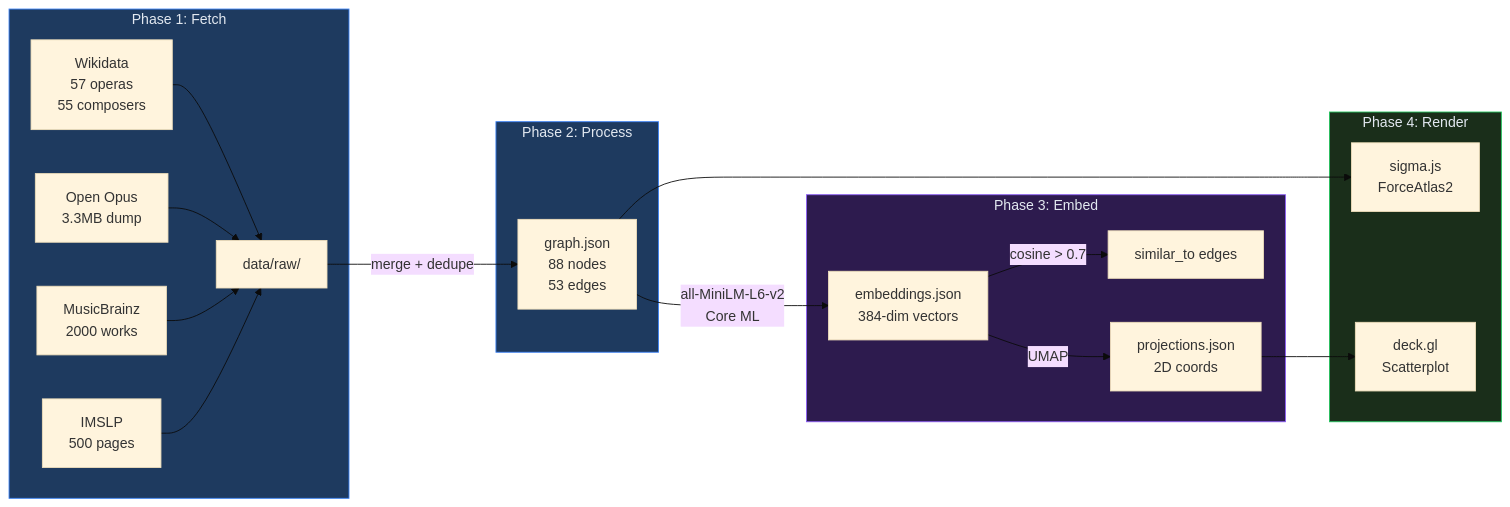
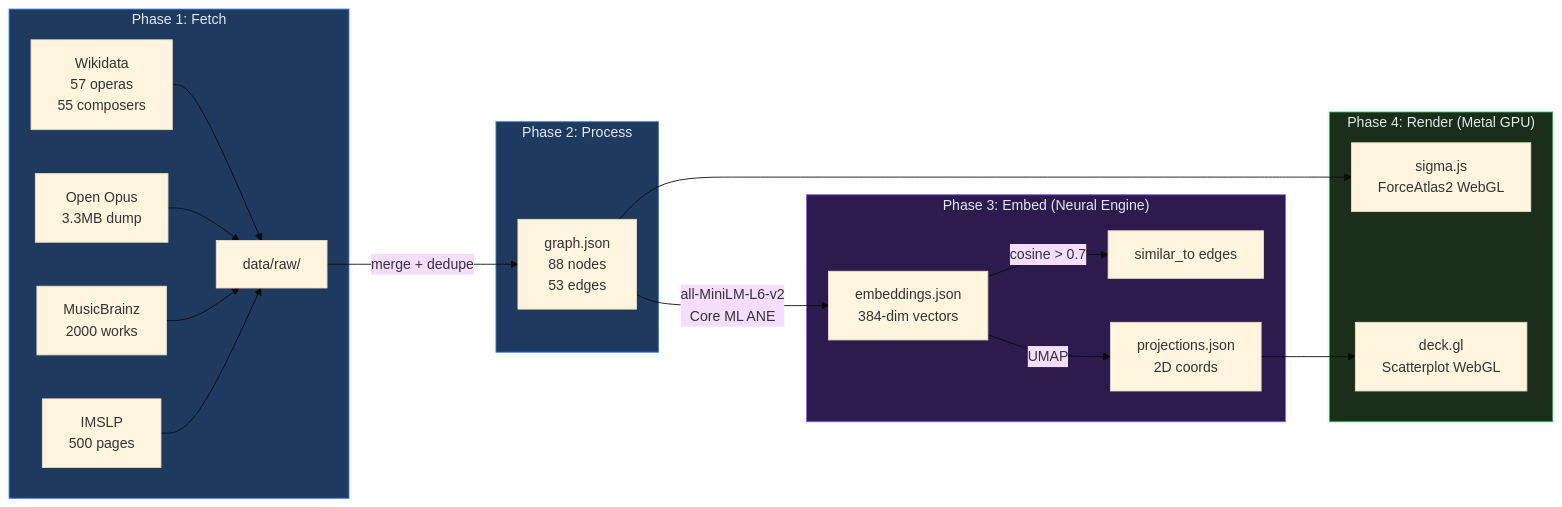
Before and after one commit to ParkWardRR/Violetta-Opera-Graph-Relationship-Maps: the second of 9 diagrams in README.md, drawn with Mermaid (base theme). The commit also changed other lines of this file and 38 other files, not shown here.

````diff
--- a/README.md
+++ b/README.md
@@ -55,29 +256,29 @@
 ```mermaid
 flowchart LR
     subgraph Fetch["Phase 1: Fetch"]
         A["Wikidata\n57 operas\n55 composers"] --> D["data/raw/"]
         B["Open Opus\n3.3MB dump"] --> D
         C["MusicBrainz\n2000 works"] --> D
         E["IMSLP\n500 pages"] --> D
     end
 
     subgraph Process["Phase 2: Process"]
         D -->|"merge + dedupe"| F["graph.json\n88 nodes\n53 edges"]
     end
 
-    subgraph Embed["Phase 3: Embed"]
-        F -->|"all-MiniLM-L6-v2\nCore ML"| G["embeddings.json\n384-dim vectors"]
+    subgraph Embed["Phase 3: Embed (Neural Engine)"]
+        F -->|"all-MiniLM-L6-v2\nCore ML ANE"| G["embeddings.json\n384-dim vectors"]
         G -->|"cosine > 0.7"| H["similar_to edges"]
         G -->|"UMAP"| I["projections.json\n2D coords"]
     end
 
-    subgraph Render["Phase 4: Render"]
-        F --> J["sigma.js\nForceAtlas2"]
-        I --> K["deck.gl\nScatterplot"]
+    subgraph Render["Phase 4: Render (Metal GPU)"]
+        F --> J["sigma.js\nForceAtlas2 WebGL"]
+        I --> K["deck.gl\nScatterplot WebGL"]
     end
 
     style Fetch fill:#1e3a5f,stroke:#3b82f6,color:#e2e8f0
     style Process fill:#1e3a5f,stroke:#3b82f6,color:#e2e8f0
     style Embed fill:#2d1b4e,stroke:#8b5cf6,color:#e2e8f0
     style Render fill:#1a2e1a,stroke:#22c55e,color:#e2e8f0
 ```
````
